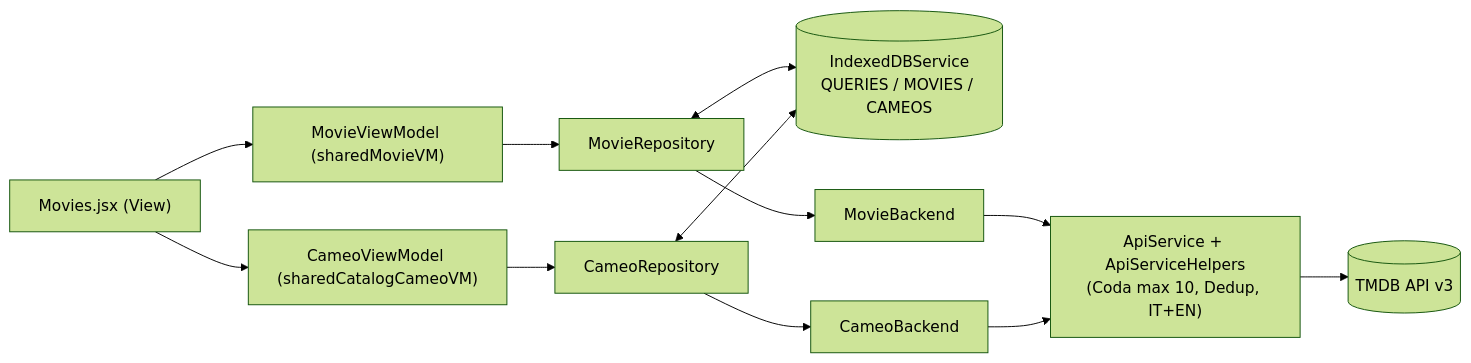
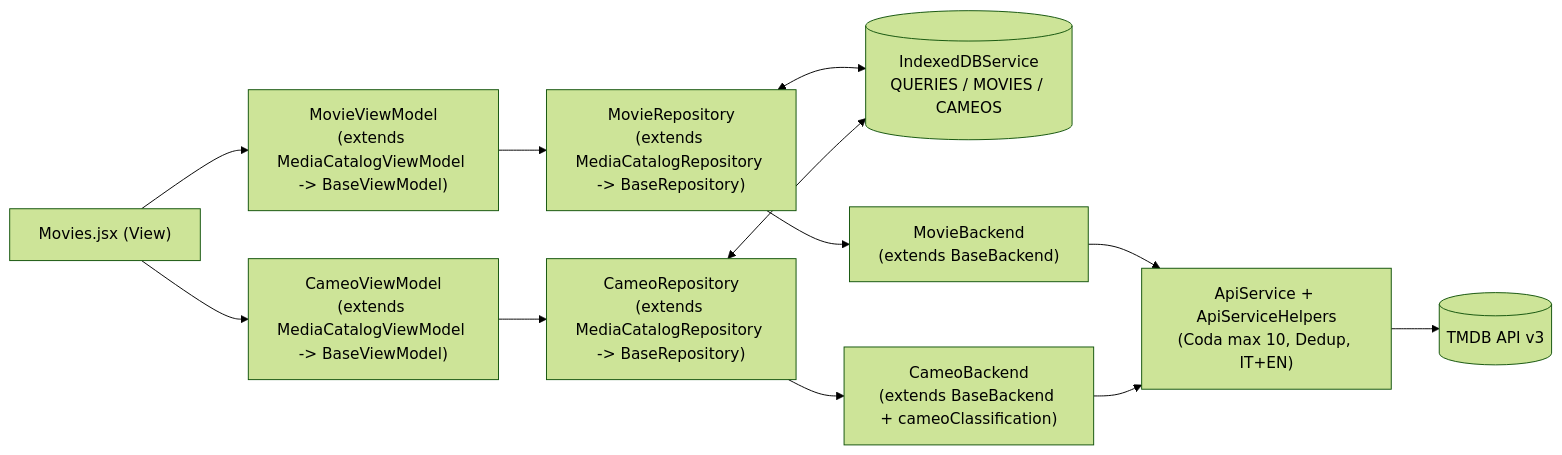
The first of 2 diagrams in docs/pages/movies.md (Lorenzo207378/Cameos), drawn with Mermaid (forest theme) before and after one commit. The commit also changed other lines of this file and 44 other files, not shown here.

Commit message:
refactor: update import paths for utility functions and enhance media category management. Introduce MediaCatalogRepository and MediaCatalogViewModel for improved structure and maintainability

````diff
--- a/docs/pages/movies.md
+++ b/docs/pages/movies.md
@@ -15,19 +15,19 @@
 ```mermaid
 flowchart LR
-    View["Movies.jsx (View)"] --> MVM["MovieViewModel (sharedMovieVM)"]
-    View --> CVM["CameoViewModel (sharedCatalogCameoVM)"]
+    View["Movies.jsx (View)"] --> MVM["MovieViewModel\n(extends MediaCatalogViewModel -> BaseViewModel)"]
+    View --> CVM["CameoViewModel\n(extends MediaCatalogViewModel -> BaseViewModel)"]
 
-    MVM --> MRepo["MovieRepository"]
-    CVM --> CRepo["CameoRepository"]
+    MVM --> MRepo["MovieRepository\n(extends MediaCatalogRepository -> BaseRepository)"]
+    CVM --> CRepo["CameoRepository\n(extends MediaCatalogRepository -> BaseRepository)"]
 
     MRepo <--> IDB[("IndexedDBService\nQUERIES / MOVIES / CAMEOS")]
     CRepo <--> IDB
 
-    MRepo --> MBack["MovieBackend"]
-    CRepo --> CBack["CameoBackend"]
+    MRepo --> MBack["MovieBackend\n(extends BaseBackend)"]
+    CRepo --> CBack["CameoBackend\n(extends BaseBackend + cameoClassification)"]
 
     MBack --> API["ApiService + ApiServiceHelpers\n(Coda max 10, Dedup, IT+EN)"]
     CBack --> API
 
     API --> TMDB[("TMDB API v3")]
 ```
````
